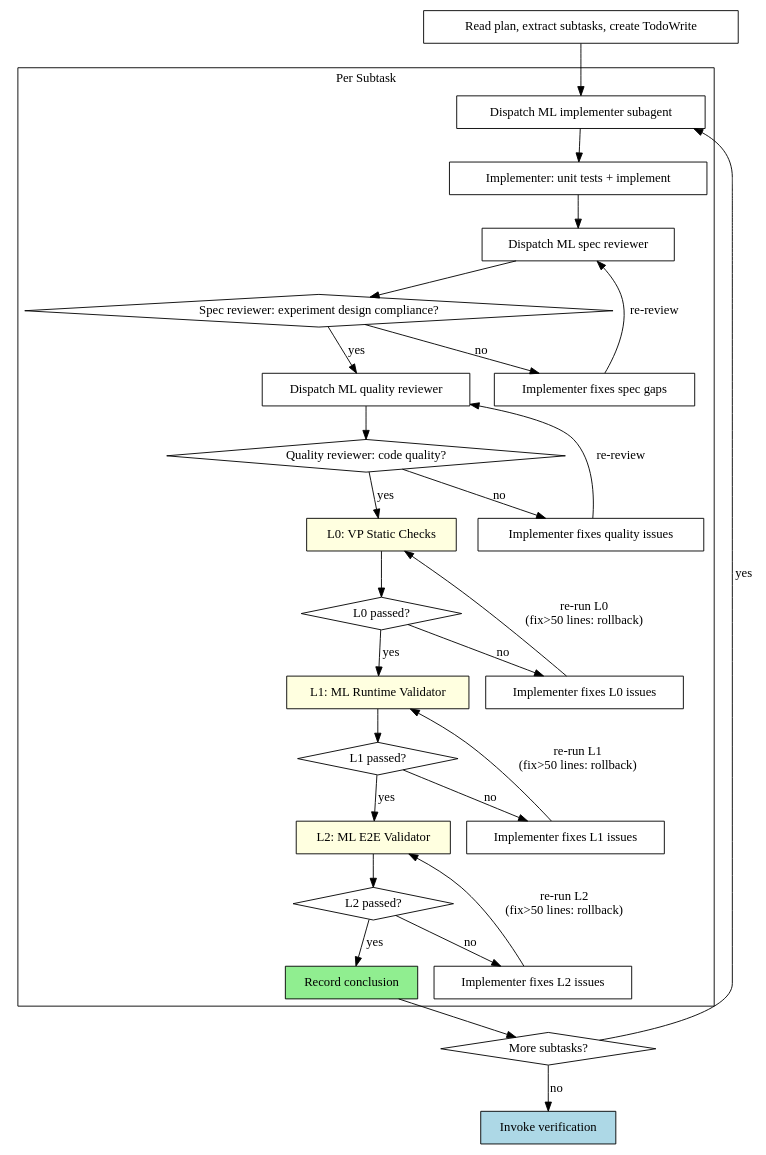
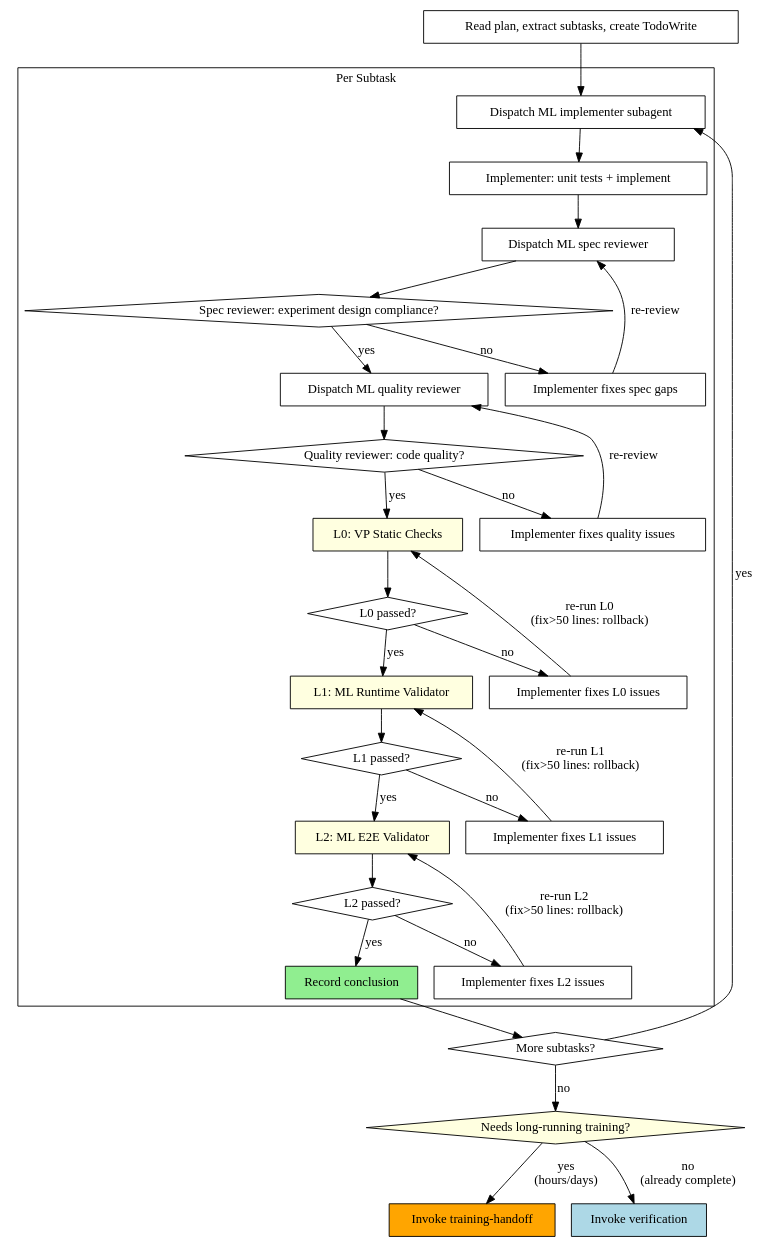
Before and after one commit to qqhard/superpowers-ML: the diagram in skills/subagent-dev/SKILL.md, drawn with Graphviz. The commit also changed other lines of this file and 3 other files, not shown here.

First line of the commit message:
fix: close training-handoff gap in experiment flow

````diff
--- a/skills/subagent-dev/SKILL.md
+++ b/skills/subagent-dev/SKILL.md
@@ -31,58 +31,62 @@
 ```dot
 digraph process {
     rankdir=TB;
 
     subgraph cluster_per_subtask {
         label="Per Subtask";
         "Dispatch ML implementer subagent" [shape=box];
         "Implementer: unit tests + implement" [shape=box];
         "Dispatch ML spec reviewer" [shape=box];
         "Spec reviewer: experiment design compliance?" [shape=diamond];
         "Implementer fixes spec gaps" [shape=box];
         "Dispatch ML quality reviewer" [shape=box];
         "Quality reviewer: code quality?" [shape=diamond];
         "Implementer fixes quality issues" [shape=box];
         "L0: VP Static Checks" [shape=box style=filled fillcolor=lightyellow];
         "L0 passed?" [shape=diamond];
         "Implementer fixes L0 issues" [shape=box];
         "L1: ML Runtime Validator" [shape=box style=filled fillcolor=lightyellow];
         "L1 passed?" [shape=diamond];
         "Implementer fixes L1 issues" [shape=box];
         "L2: ML E2E Validator" [shape=box style=filled fillcolor=lightyellow];
         "L2 passed?" [shape=diamond];
         "Implementer fixes L2 issues" [shape=box];
         "Record conclusion" [shape=box style=filled fillcolor=lightgreen];
     }
 
     "Read plan, extract subtasks, create TodoWrite" [shape=box];
     "More subtasks?" [shape=diamond];
+    "Needs long-running training?" [shape=diamond style=filled fillcolor=lightyellow];
+    "Invoke training-handoff" [shape=box style=filled fillcolor=orange];
     "Invoke verification" [shape=box style=filled fillcolor=lightblue];
 
     "Read plan, extract subtasks, create TodoWrite" -> "Dispatch ML implementer subagent";
     "Dispatch ML implementer subagent" -> "Implementer: unit tests + implement";
     "Implementer: unit tests + implement" -> "Dispatch ML spec reviewer";
     "Dispatch ML spec reviewer" -> "Spec reviewer: experiment design compliance?";
     "Spec reviewer: experiment design compliance?" -> "Implementer fixes spec gaps" [label="no"];
     "Implementer fixes spec gaps" -> "Dispatch ML spec reviewer" [label="re-review"];
     "Spec reviewer: experiment design compliance?" -> "Dispatch ML quality reviewer" [label="yes"];
     "Dispatch ML quality reviewer" -> "Quality reviewer: code quality?";
     "Quality reviewer: code quality?" -> "Implementer fixes quality issues" [label="no"];
     "Implementer fixes quality issues" -> "Dispatch ML quality reviewer" [label="re-review"];
     "Quality reviewer: code quality?" -> "L0: VP Static Checks" [label="yes"];
     "L0: VP Static Checks" -> "L0 passed?";
     "L0 passed?" -> "L1: ML Runtime Validator" [label="yes"];
     "L0 passed?" -> "Implementer fixes L0 issues" [label="no"];
     "Implementer fixes L0 issues" -> "L0: VP Static Checks" [label="re-run L0\n(fix>50 lines: rollback)"];
     "L1: ML Runtime Validator" -> "L1 passed?";
     "L1 passed?" -> "L2: ML E2E Validator" [label="yes"];
     "L1 passed?" -> "Implementer fixes L1 issues" [label="no"];
     "Implementer fixes L1 issues" -> "L1: ML Runtime Validator" [label="re-run L1\n(fix>50 lines: rollback)"];
     "L2: ML E2E Validator" -> "L2 passed?";
     "L2 passed?" -> "Record conclusion" [label="yes"];
     "L2 passed?" -> "Implementer fixes L2 issues" [label="no"];
     "Implementer fixes L2 issues" -> "L2: ML E2E Validator" [label="re-run L2\n(fix>50 lines: rollback)"];
     "Record conclusion" -> "More subtasks?";
     "More subtasks?" -> "Dispatch ML implementer subagent" [label="yes"];
-    "More subtasks?" -> "Invoke verification" [label="no"];
+    "More subtasks?" -> "Needs long-running training?" [label="no"];
+    "Needs long-running training?" -> "Invoke training-handoff" [label="yes\n(hours/days)"];
+    "Needs long-running training?" -> "Invoke verification" [label="no\n(already complete)"];
 }
 ```
````
